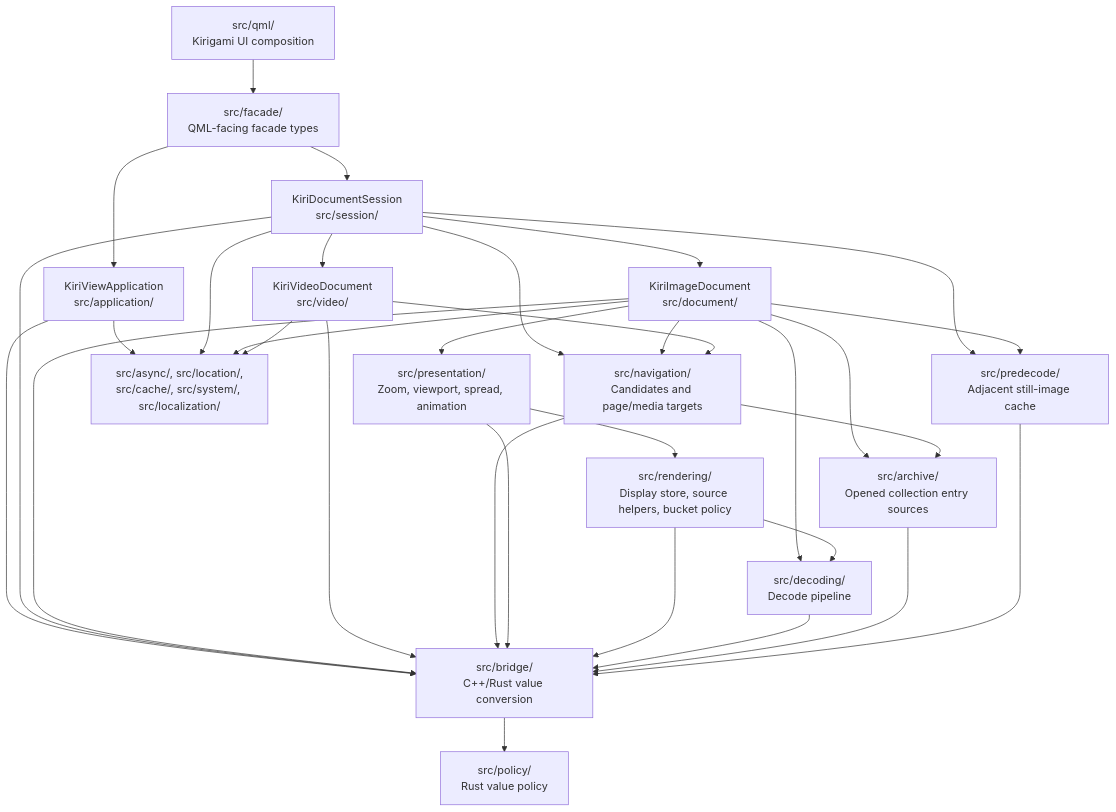
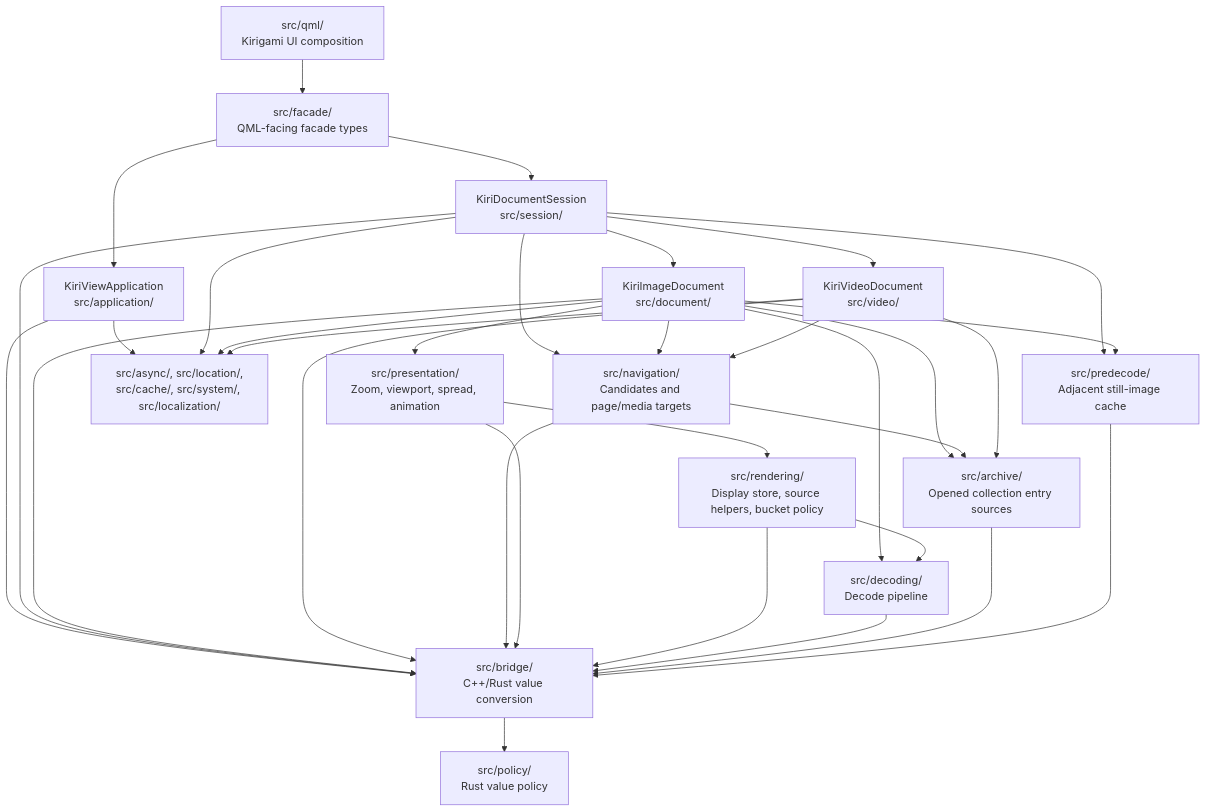
Before and after one commit to hnjae/KiriView: the second of 2 diagrams in docs/architecture/overview.md, drawn with Mermaid. The commit also changed other lines of this file and 4 other files, not shown here.

First line of the commit message:
docs(architecture): route collection video through entry sources

````diff
--- a/docs/architecture/overview.md
+++ b/docs/architecture/overview.md
@@ -24,50 +24,51 @@
 ```mermaid
 flowchart TD
     QML["src/qml/\nKirigami UI composition"]
     Facade["src/facade/\nQML-facing facade types"]
     Application["KiriViewApplication\nsrc/application/"]
     Session["KiriDocumentSession\nsrc/session/"]
     ImageDocument["KiriImageDocument\nsrc/document/"]
     VideoDocument["KiriVideoDocument\nsrc/video/"]
     Navigation["src/navigation/\nCandidates and page/media targets"]
     Presentation["src/presentation/\nZoom, viewport, spread, animation"]
     Rendering["src/rendering/\nDisplay store, source helpers, bucket policy"]
     Decoding["src/decoding/\nDecode pipeline"]
     Archive["src/archive/\nOpened collection entry sources"]
     Predecode["src/predecode/\nAdjacent still-image cache"]
     RuntimeSupport["src/async/, src/location/,\nsrc/cache/, src/system/, src/localization/"]
     Bridge["src/bridge/\nC++/Rust value conversion"]
     Policy["src/policy/\nRust value policy"]
 
     QML --> Facade
     Facade --> Application
     Facade --> Session
     Session --> ImageDocument
     Session --> VideoDocument
     Session --> Navigation
     Session --> Predecode
     ImageDocument --> Navigation
     ImageDocument --> Presentation
     ImageDocument --> Decoding
     ImageDocument --> Archive
     ImageDocument --> Predecode
     Presentation --> Rendering
     Rendering --> Decoding
     Navigation --> Archive
     VideoDocument --> Navigation
+    VideoDocument --> Archive
     Application --> Bridge
     Session --> Bridge
     ImageDocument --> Bridge
     VideoDocument --> Bridge
     Navigation --> Bridge
     Presentation --> Bridge
     Rendering --> Bridge
     Decoding --> Bridge
     Archive --> Bridge
     Predecode --> Bridge
     Bridge --> Policy
     Application --> RuntimeSupport
     Session --> RuntimeSupport
     ImageDocument --> RuntimeSupport
     VideoDocument --> RuntimeSupport
 ```
````
